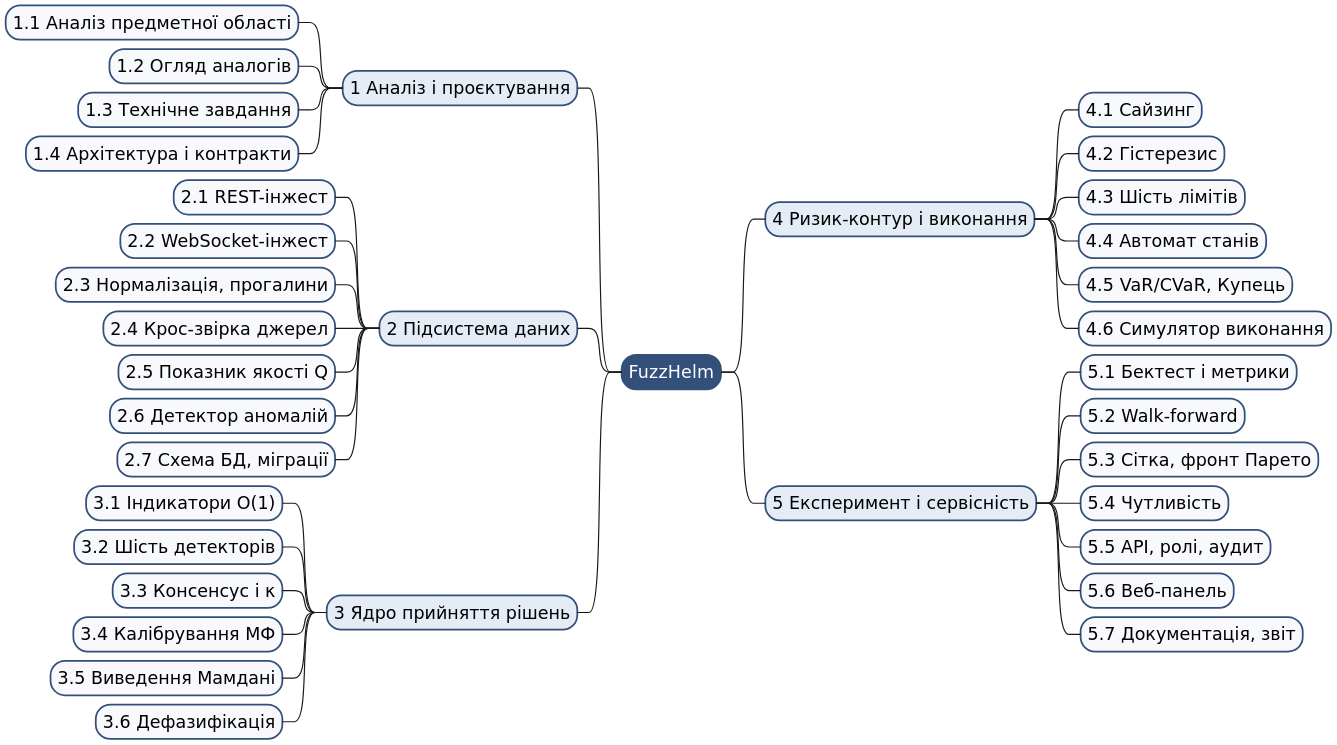
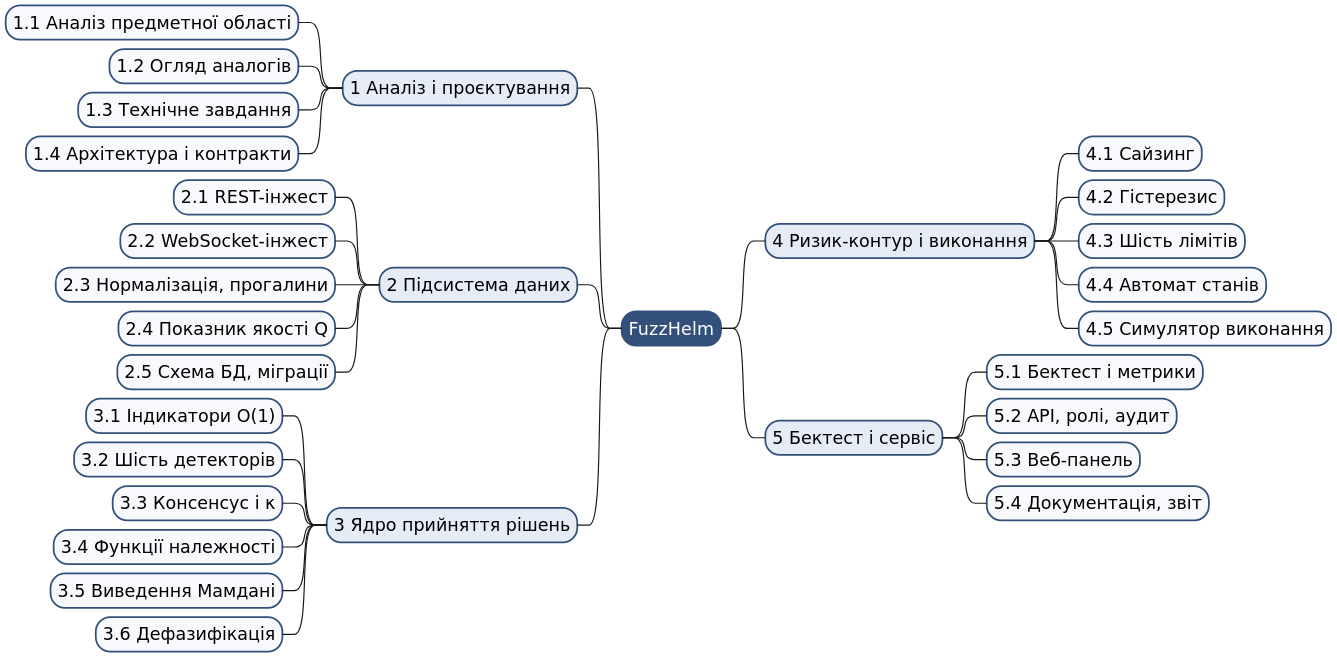
Before and after one commit to AndrZhuk/FuzzHelm: the diagram in docs/diagrams/wbs.puml, drawn with PlantUML. The commit also changed 11 other files, not shown here.

Commit message:
Diagrams: plan and components follow the simplified scope

```diff
--- a/docs/diagrams/wbs.puml
+++ b/docs/diagrams/wbs.puml
@@ -1,54 +1,48 @@
 @startmindmap
 ' Ієрархічна структура робіт (WBS) проєкту FuzzHelm.
 ' Найменування: docs/diagrams/wbs.puml
 ' Призначення: декомпозиція індивідуального завдання на пакети робіт (звіт §1.6).
 '     Намальовано деревом із гілками ліворуч і праворуч від кореня: у класичному WBS пакети
 '     першого рівня стоять в один ряд і на портретній сторінці шрифт стає нечитабельним.
 ' Автор: Андрій Жук, 2026.
 skinparam dpi 200
 skinparam defaultFontName "DejaVu Sans"
 skinparam defaultFontSize 15
 <style>
 mindmapDiagram {
   node { BackgroundColor #F7F9FC; LineColor #33507A; Padding 6; Margin 4 }
   rootNode { BackgroundColor #33507A; FontColor #FFFFFF }
   :depth(1) { BackgroundColor #E6ECF5 }
 }
 </style>
 * FuzzHelm
 -- 1 Аналіз і проєктування
 --- 1.1 Аналіз предметної області
 --- 1.2 Огляд аналогів
 --- 1.3 Технічне завдання
 --- 1.4 Архітектура і контракти
 -- 2 Підсистема даних
 --- 2.1 REST-інжест
 --- 2.2 WebSocket-інжест
 --- 2.3 Нормалізація, прогалини
---- 2.4 Крос-звірка джерел
---- 2.5 Показник якості Q
---- 2.6 Детектор аномалій
---- 2.7 Схема БД, міграції
+--- 2.4 Показник якості Q
+--- 2.5 Схема БД, міграції
 -- 3 Ядро прийняття рішень
 --- 3.1 Індикатори O(1)
 --- 3.2 Шість детекторів
 --- 3.3 Консенсус і κ
---- 3.4 Калібрування МФ
+--- 3.4 Функції належності
 --- 3.5 Виведення Мамдані
 --- 3.6 Дефазифікація
 ** 4 Ризик-контур і виконання
 *** 4.1 Сайзинг
 *** 4.2 Гістерезис
 *** 4.3 Шість лімітів
 *** 4.4 Автомат станів
-*** 4.5 VaR/CVaR, Купець
-*** 4.6 Симулятор виконання
-** 5 Експеримент і сервісність
+*** 4.5 Симулятор виконання
+** 5 Бектест і сервіс
 *** 5.1 Бектест і метрики
-*** 5.2 Walk-forward
-*** 5.3 Сітка, фронт Парето
-*** 5.4 Чутливість
-*** 5.5 API, ролі, аудит
-*** 5.6 Веб-панель
-*** 5.7 Документація, звіт
+*** 5.2 API, ролі, аудит
+*** 5.3 Веб-панель
+*** 5.4 Документація, звіт
 @endmindmap
```
